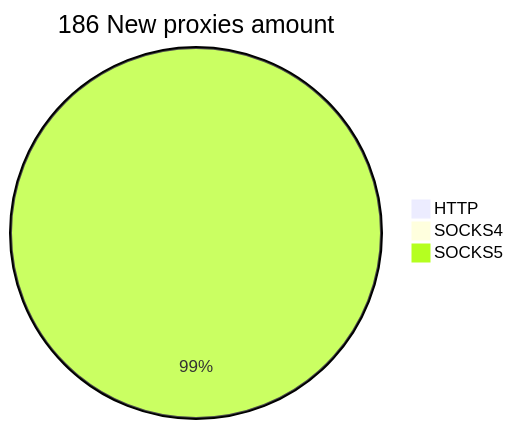
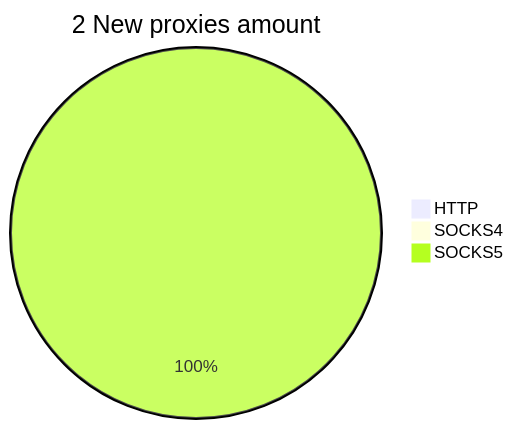
Before and after one commit to cutipu/proxylist: the second of 2 diagrams in README.md, drawn with Mermaid. The commit also changed other lines of this file, not shown here.

````diff
--- a/README.md
+++ b/README.md
@@ -10,6 +10,6 @@
 ```mermaid
-pie title 186 New proxies amount
+pie title 2 New proxies amount
     "HTTP" : 0
-    "SOCKS4" : 1
-    "SOCKS5" : 185
+    "SOCKS4" : 0
+    "SOCKS5" : 2
 ```
````
